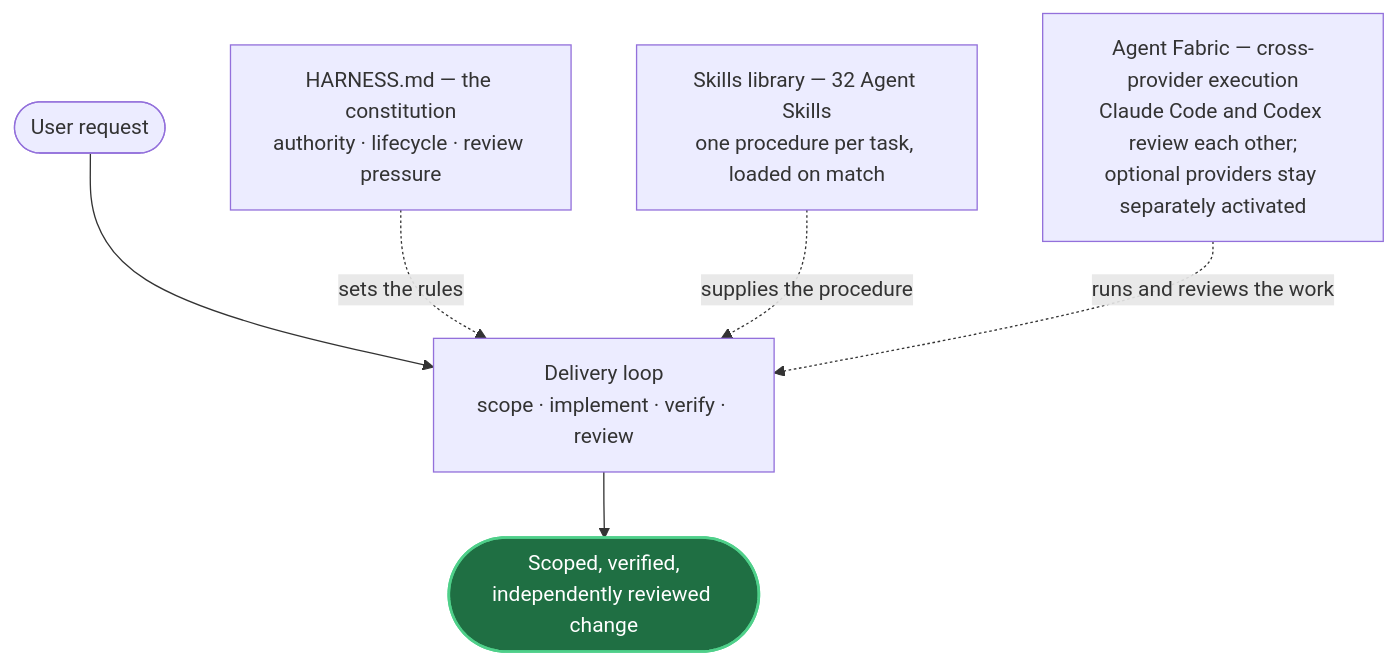
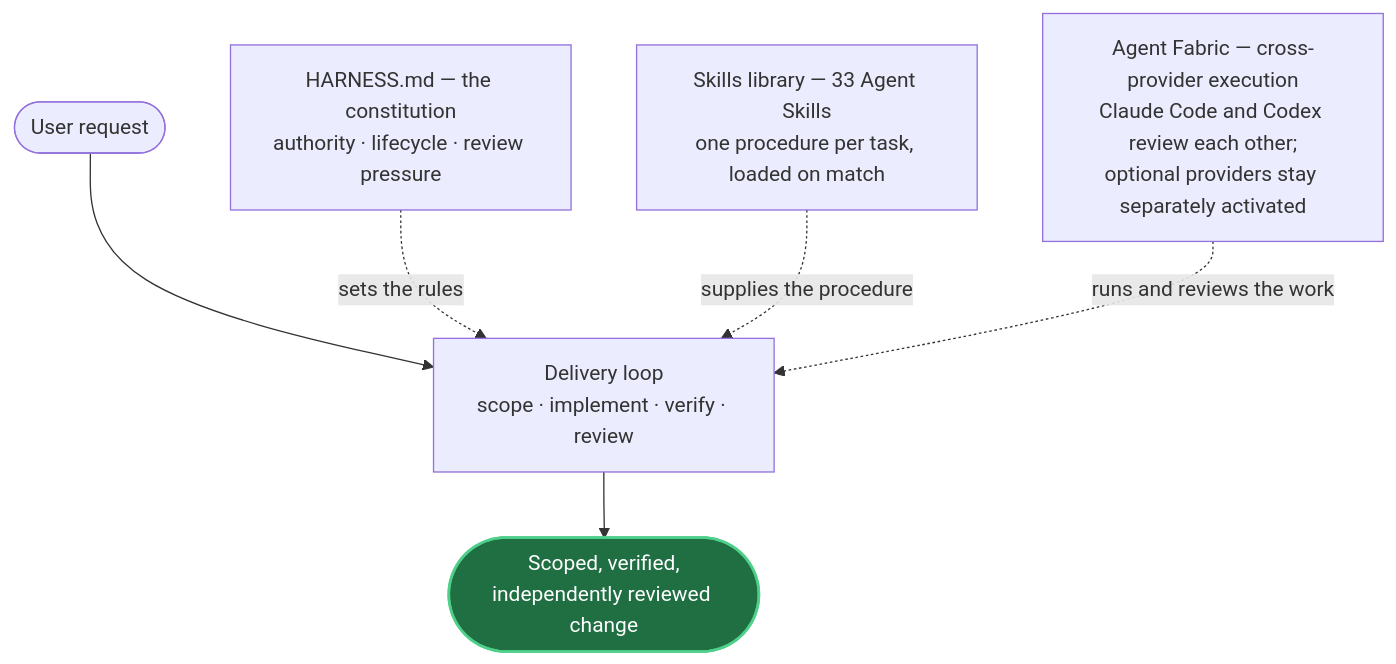
The first of 2 diagrams in README.md (mblauberg/provenant), drawn with Mermaid before and after one commit. The commit also changed other lines of this file and 11 other files, not shown here.

````diff
--- a/README.md
+++ b/README.md
@@ -36,12 +36,12 @@
 ```mermaid
 flowchart TB
     accTitle: The three parts and the delivery loop they serve
     accDescr: A user request enters the delivery loop, which runs scope, implement, verify and review, and produces a scoped, verified, independently reviewed change. Three parts act on that loop concurrently rather than in sequence. HARNESS.md, the constitution, sets the rules — authority, lifecycle and review pressure. The skills library supplies the procedure, one SKILL.md per task loaded when the task matches. Agent Fabric runs and reviews the work across providers, with Claude Code and Codex as primaries reviewing each other and optional providers separately activated.
     U(["User request"]) --> LOOP["Delivery loop<br/>scope · implement · verify · review"]
     LOOP --> OUT(["Scoped, verified,<br/>independently reviewed change"])
     H["HARNESS.md — the constitution<br/>authority · lifecycle · review pressure"] -. "sets the rules" .-> LOOP
-    SK["Skills library — 32 Agent Skills<br/>one procedure per task, loaded on match"] -. "supplies the procedure" .-> LOOP
+    SK["Skills library — 33 Agent Skills<br/>one procedure per task, loaded on match"] -. "supplies the procedure" .-> LOOP
     F["Agent Fabric — cross-provider execution<br/>Claude Code and Codex review each other;<br/>optional providers stay separately activated"] -. "runs and reviews the work" .-> LOOP
     classDef out fill:#1f6f43,stroke:#4fd08a,color:#ffffff,stroke-width:2px
     class OUT out
 ```
````
